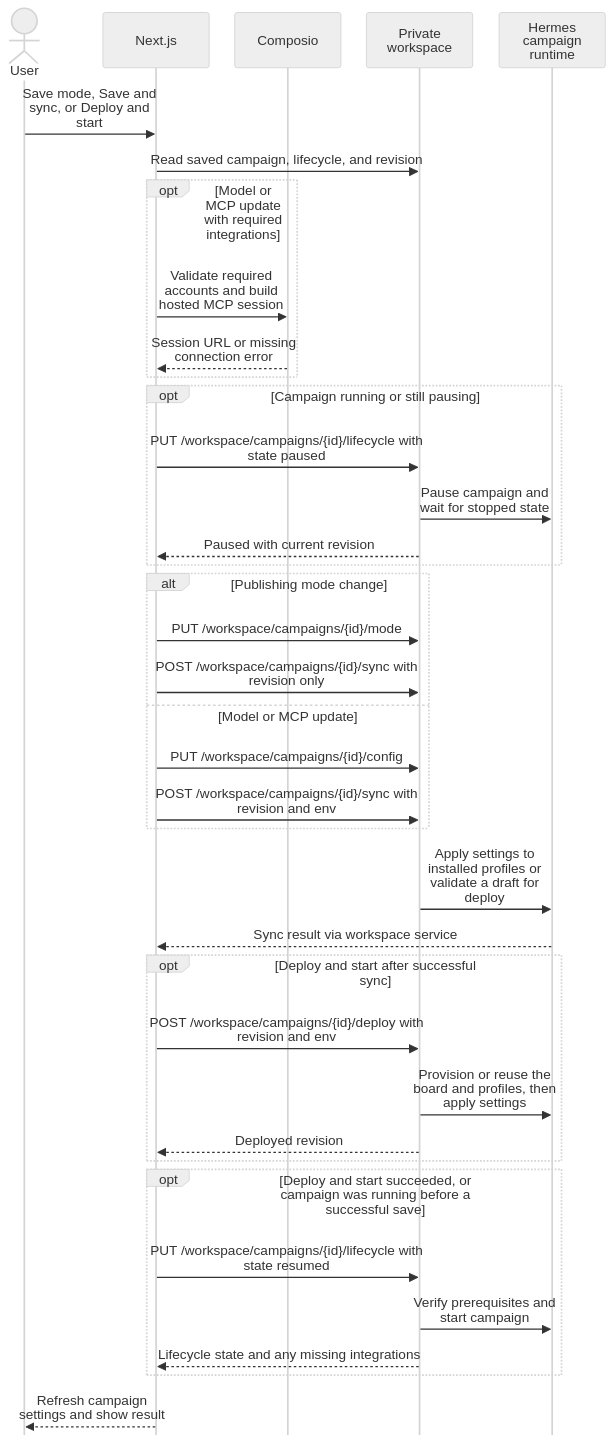
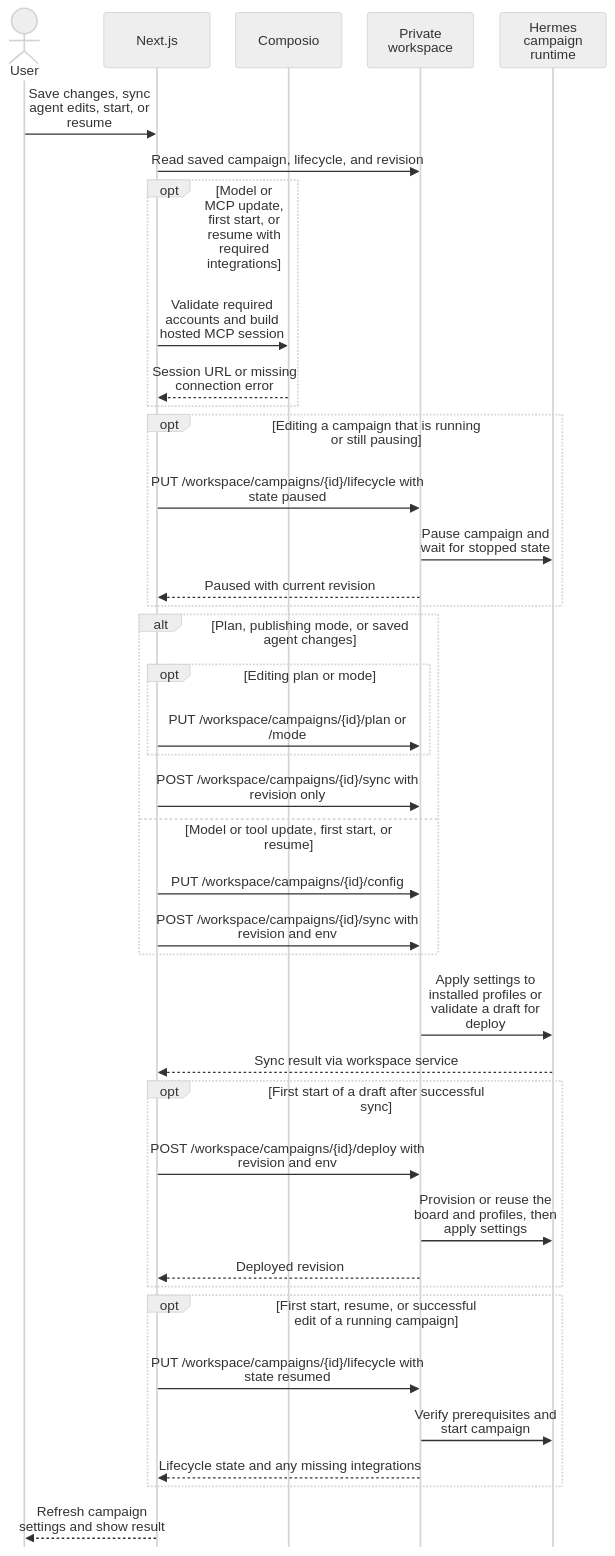
Before and after one commit to openmarketing-agency/openmarketing.agency: the sixth of 7 diagrams in docs/architecture.md, drawn with Mermaid (neutral theme). The commit also changed other lines of this file and 9 other files, not shown here.

Commit message:
feat(campaigns): simplify editing and run controls

````diff
--- a/docs/architecture.md
+++ b/docs/architecture.md
@@ -241,49 +241,51 @@
 ```mermaid
 ---
 config:
   sequence:
     actorMargin: 30
     width: 125
     diagramMarginX: 12
     wrap: true
     mirrorActors: false
 ---
 sequenceDiagram
     actor User
     participant Next as Next.js
     participant C as Composio
     participant WS as Private workspace
     participant H as Hermes campaign runtime
 
-    User->>Next: Save mode, Save and sync, or Deploy and start
+    User->>Next: Save changes, sync agent edits, start, or resume
     Next->>WS: Read saved campaign, lifecycle, and revision
-    opt Model or MCP update with required integrations
+    opt Model or MCP update, first start, or resume with required integrations
         Next->>C: Validate required accounts and build hosted MCP session
         C-->>Next: Session URL or missing connection error
     end
-    opt Campaign running or still pausing
+    opt Editing a campaign that is running or still pausing
         Next->>WS: PUT /workspace/campaigns/{id}/lifecycle with state paused
         WS->>H: Pause campaign and wait for stopped state
         WS-->>Next: Paused with current revision
     end
-    alt Publishing mode change
-        Next->>WS: PUT /workspace/campaigns/{id}/mode
+    alt Plan, publishing mode, or saved agent changes
+        opt Editing plan or mode
+            Next->>WS: PUT /workspace/campaigns/{id}/plan or /mode
+        end
         Next->>WS: POST /workspace/campaigns/{id}/sync with revision only
-    else Model or MCP update
+    else Model or tool update, first start, or resume
         Next->>WS: PUT /workspace/campaigns/{id}/config
         Next->>WS: POST /workspace/campaigns/{id}/sync with revision and env
     end
     WS->>H: Apply settings to installed profiles or validate a draft for deploy
     H-->>Next: Sync result via workspace service
-    opt Deploy and start after successful sync
+    opt First start of a draft after successful sync
         Next->>WS: POST /workspace/campaigns/{id}/deploy with revision and env
         WS->>H: Provision or reuse the board and profiles, then apply settings
         WS-->>Next: Deployed revision
     end
-    opt Deploy and start succeeded, or campaign was running before a successful save
+    opt First start, resume, or successful edit of a running campaign
         Next->>WS: PUT /workspace/campaigns/{id}/lifecycle with state resumed
         WS->>H: Verify prerequisites and start campaign
         WS-->>Next: Lifecycle state and any missing integrations
     end
     Next-->>User: Refresh campaign settings and show result
 ```
````
